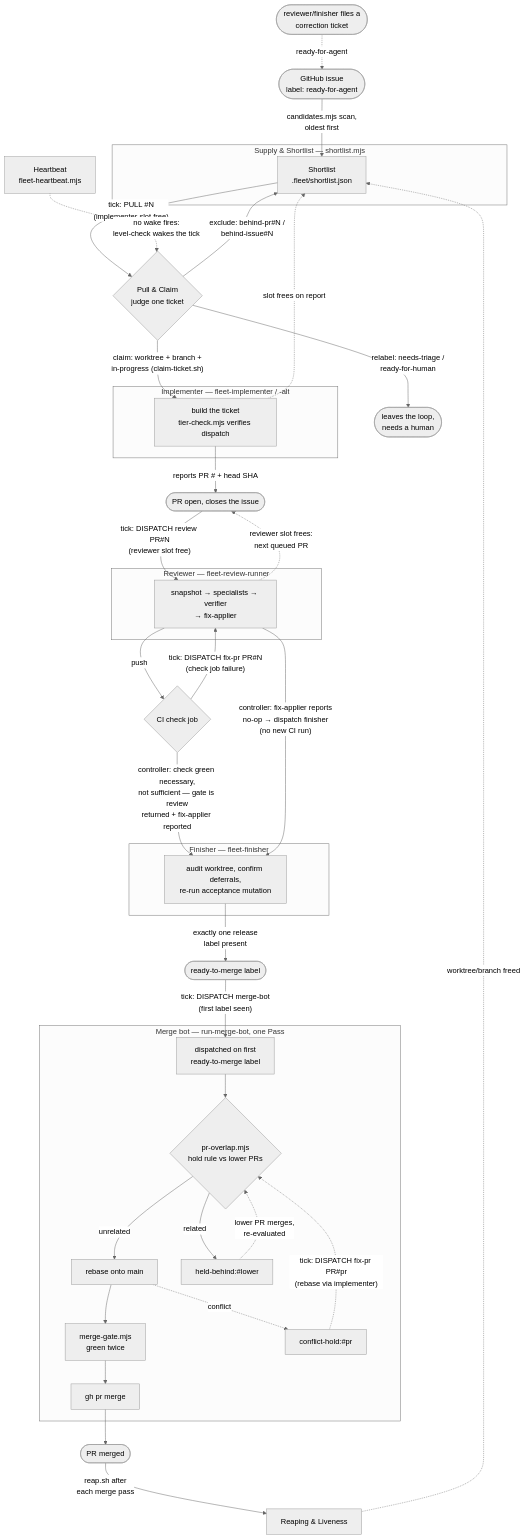
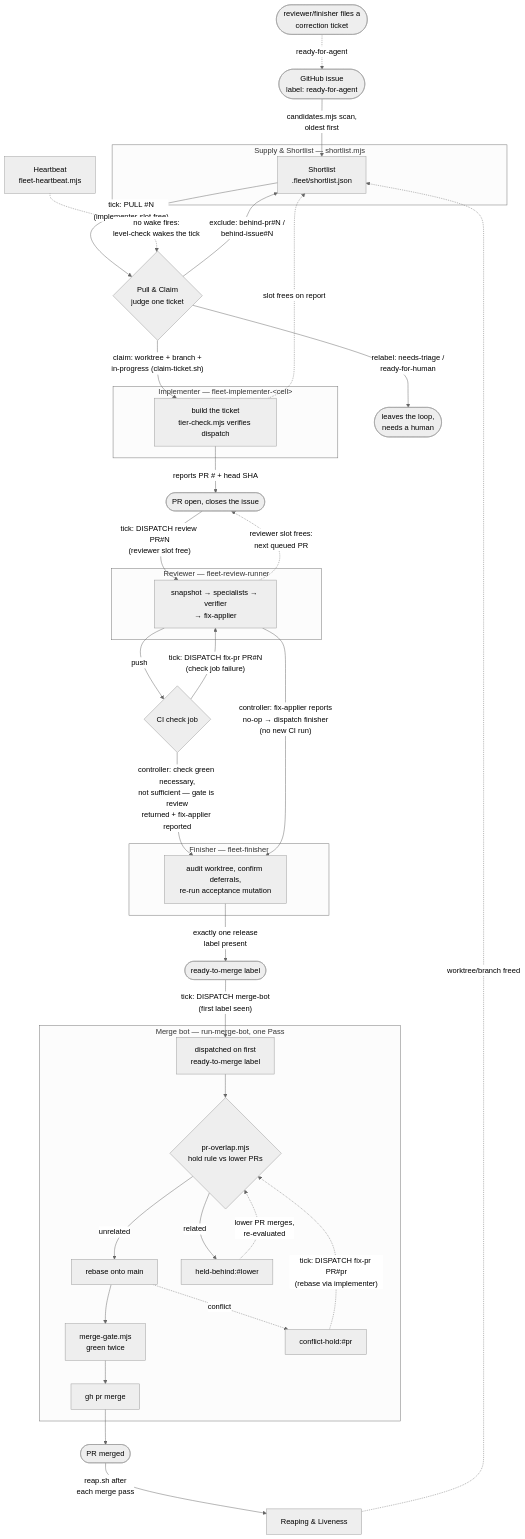
Before and after one commit to feigi/fleet-plugin: the diagram in README.md, drawn with Mermaid (neutral theme). The commit also changed other lines of this file and 3 other files, not shown here.

Commit message:
docs, fleet-tick comment: implementer definitions are fleet-implementer-<cell> (#2129)

````diff
--- a/README.md
+++ b/README.md
@@ -108,55 +108,55 @@
 ```mermaid
 flowchart TD
     ISSUE(["GitHub issue<br/>label: ready-for-agent"]) -->|"candidates.mjs scan,<br/>oldest first"| SL
 
     subgraph SUPPLY["Supply &amp; Shortlist — shortlist.mjs"]
         SL["Shortlist<br/>.fleet/shortlist.json"]
     end
 
     SL -->|"tick: PULL #N<br/>(implementer slot free)"| JUDGE{"Pull &amp; Claim<br/>judge one ticket"}
     JUDGE -->|"relabel: needs-triage /<br/>ready-for-human"| OUT(["leaves the loop,<br/>needs a human"])
     JUDGE -->|"exclude: behind-pr#N /<br/>behind-issue#N"| SL
     JUDGE -->|"claim: worktree + branch +<br/>in-progress (claim-ticket.sh)"| IMPL
 
-    subgraph IMPLSUB["Implementer — fleet-implementer / -alt"]
+    subgraph IMPLSUB["Implementer — fleet-implementer-&lt;cell&gt;"]
         IMPL["build the ticket<br/>tier-check.mjs verifies dispatch"]
     end
     IMPL -.->|"slot frees on report"| SL
     IMPL -->|"reports PR # + head SHA"| PR(["PR open, closes the issue"])
 
     PR -->|"tick: DISPATCH review PR#N<br/>(reviewer slot free)"| REVIEW
 
     subgraph REVIEWSUB["Reviewer — fleet-review-runner"]
         REVIEW["snapshot → specialists → verifier<br/>→ fix-applier"]
     end
     REVIEW -.->|"reviewer slot frees:<br/>next queued PR"| PR
     REVIEW -->|"push"| CI{"CI check job"}
     CI -->|"tick: DISPATCH fix-pr PR#N<br/>(check job failure)"| REVIEW
     CI -->|"controller: check green necessary,<br/>not sufficient — gate is review<br/>returned + fix-applier reported"| FINISH
     REVIEW -->|"controller: fix-applier reports<br/>no-op → dispatch finisher<br/>(no new CI run)"| FINISH
 
     subgraph FINISHSUB["Finisher — fleet-finisher"]
         FINISH["audit worktree, confirm deferrals,<br/>re-run acceptance mutation"]
     end
     FINISH -->|"exactly one release<br/>label present"| RTM(["ready-to-merge label"])
     RTM -->|"tick: DISPATCH merge-bot<br/>(first label seen)"| MB
 
     subgraph MERGEBOTSUB["Merge bot — run-merge-bot, one Pass"]
         MB["dispatched on first<br/>ready-to-merge label"]
         HOLD{"pr-overlap.mjs<br/>hold rule vs lower PRs"}
         MB --> HOLD
         HOLD -->|"unrelated"| REBASE["rebase onto main"] --> GATE["merge-gate.mjs<br/>green twice"] --> MERGE["gh pr merge"]
         HOLD -->|"related"| WAIT["held-behind:#lower"]
         WAIT -.->|"lower PR merges,<br/>re-evaluated"| HOLD
         REBASE -.->|"conflict"| CONFLICT["conflict-hold:#pr"]
         CONFLICT -.->|"tick: DISPATCH fix-pr PR#pr<br/>(rebase via implementer)"| HOLD
     end
     MERGE --> MERGED(["PR merged"])
 
     MERGED -->|"reap.sh after<br/>each merge pass"| REAP["Reaping &amp; Liveness"]
     REAP -.->|"worktree/branch freed"| SL
 
     HEART["Heartbeat<br/>fleet-heartbeat.mjs"] -.->|"no wake fires:<br/>level-check wakes the tick"| JUDGE
 
     CORR(["reviewer/finisher files a<br/>correction ticket"]) -.->|"ready-for-agent"| ISSUE
 ```
````
